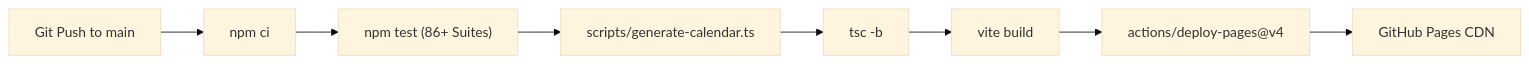
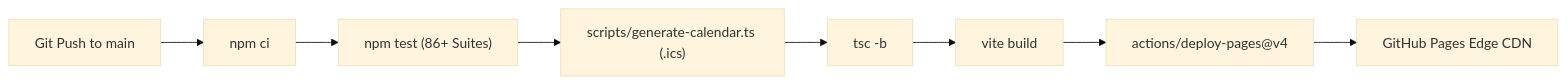
Before and after one commit to Hj1418/F1-Prediction-Wall: the diagram in README.md, drawn with Mermaid (base theme). The commit also changed other lines of this file, not shown here.

Commit message:
docs: update README with calendar feed, feature lists, and architecture details

````diff
--- a/README.md
+++ b/README.md
@@ -289,10 +292,10 @@
 ```mermaid
 flowchart LR
     Push["Git Push to main"] --> CI["npm ci"]
     CI --> Tests["npm test (86+ Suites)"]
-    Tests --> Calendar["scripts/generate-calendar.ts"]
+    Tests --> Calendar["scripts/generate-calendar.ts (.ics)"]
     Calendar --> Typecheck["tsc -b"]
     Typecheck --> Build["vite build"]
     Build --> Deploy["actions/deploy-pages@v4"]
-    Deploy --> Live["GitHub Pages CDN"]
+    Deploy --> Live["GitHub Pages Edge CDN"]
 ```
````
